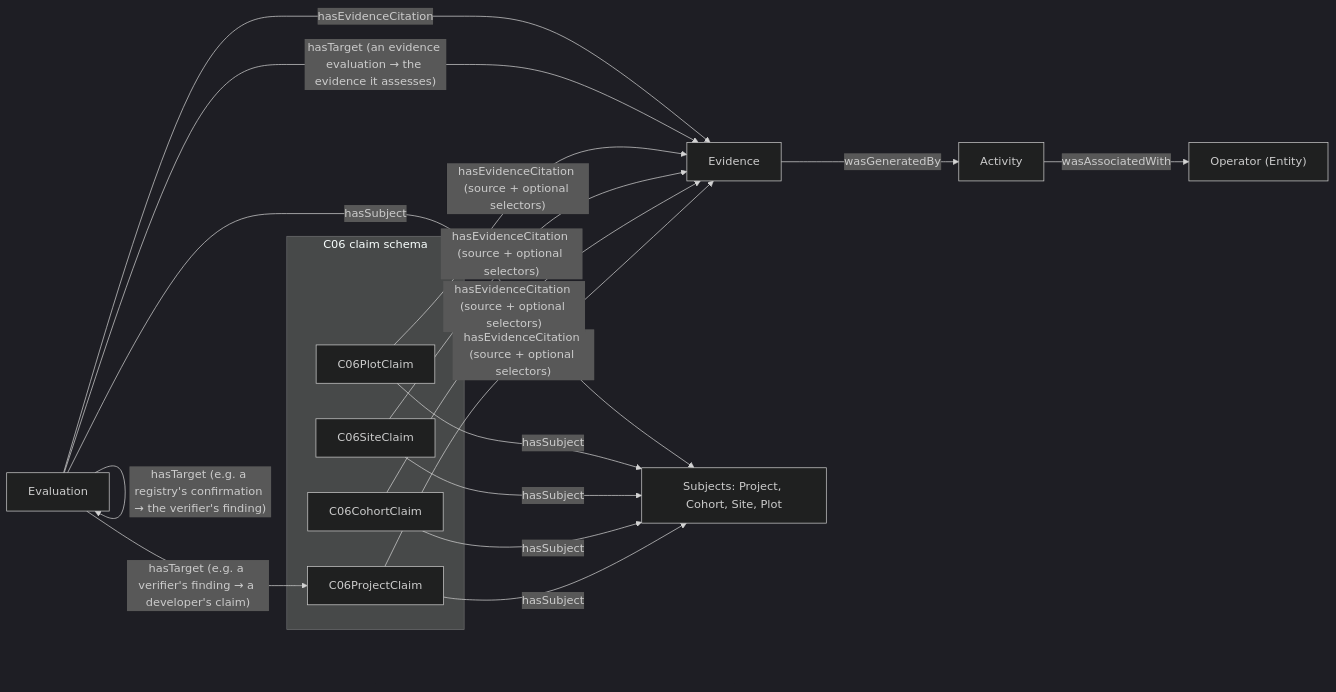
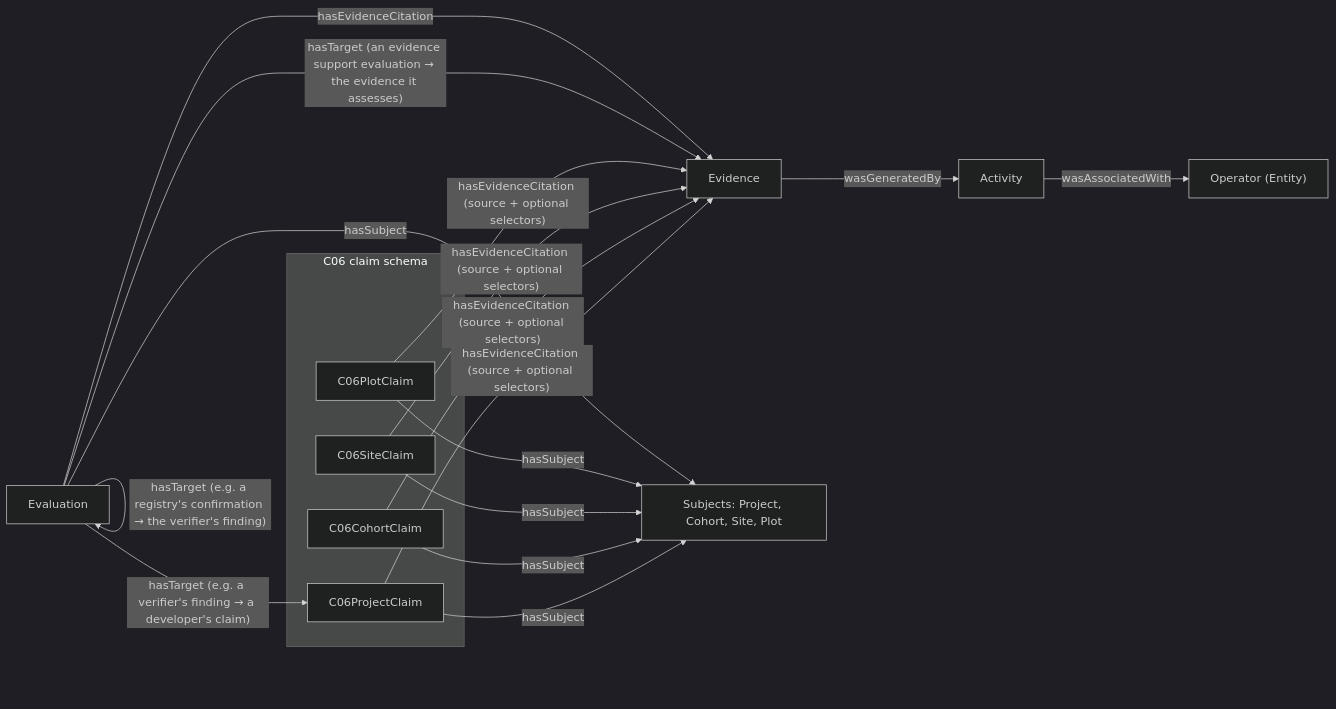
One commit to regen-network/regen-data-standards changed the first of 2 diagrams in docs/evaluation-and-evidence.md. Above: the diagram before and after it, drawn with Mermaid (dark theme). The commit also changed other lines of this file and 13 other files, not shown here.

First line of the commit message:
refactor(schema): add RequirementEvaluation and EvidenceSupportEvaluation (#73)

````diff
--- a/docs/evaluation-and-evidence.md
+++ b/docs/evaluation-and-evidence.md
@@ -19,24 +19,24 @@
 ```mermaid
 flowchart LR
     subgraph C06["C06 claim schema"]
       PC[C06ProjectClaim]
       CC[C06CohortClaim]
       SC[C06SiteClaim]
       PLC[C06PlotClaim]
     end
     A[Evaluation]
     E[Evidence]
     ACT[Activity]
     OP["Operator (Entity)"]
     S["Subjects: Project, Cohort, Site, Plot"]
 
     PC & CC & SC & PLC -- hasSubject --> S
     PC & CC & SC & PLC -- "hasEvidenceCitation (source + optional selectors)" --> E
     A -- "hasTarget (e.g. a verifier's finding → a developer's claim)" --> PC
     A -- "hasTarget (e.g. a registry's confirmation → the verifier's finding)" --> A
-    A -- "hasTarget (an evidence evaluation → the evidence it assesses)" --> E
+    A -- "hasTarget (an evidence support evaluation → the evidence it assesses)" --> E
     A -- hasSubject --> S
     A -- hasEvidenceCitation --> E
     E -- wasGeneratedBy --> ACT
     ACT -- wasAssociatedWith --> OP
 ```
````
